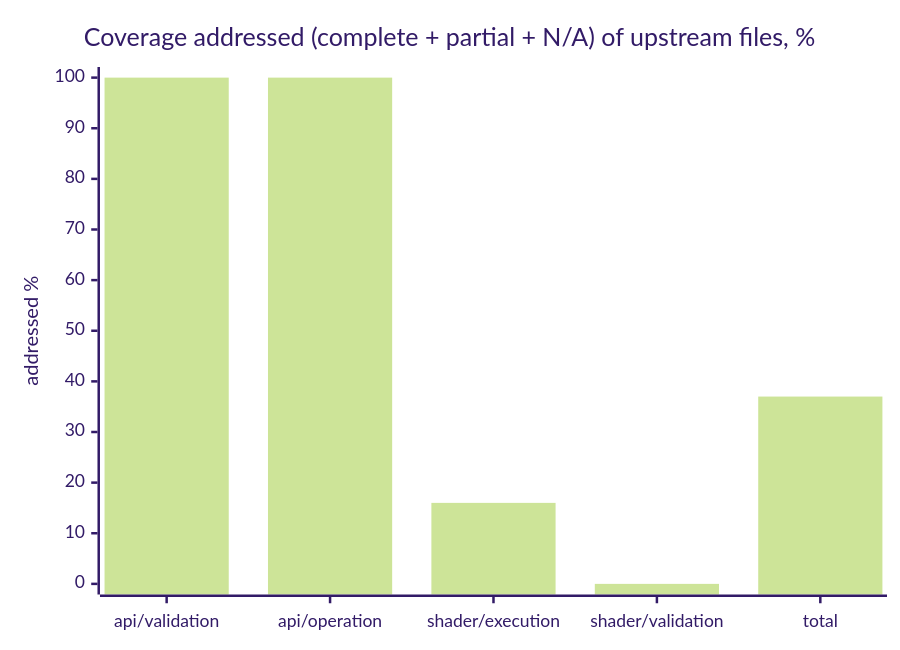
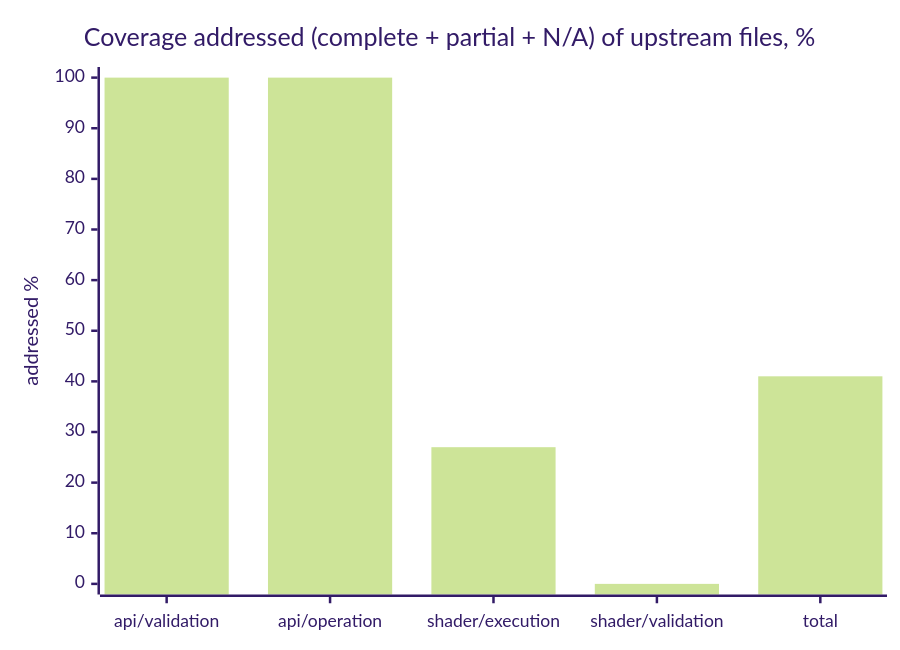
Before and after one commit to infosia/webgpu-native-cts: the second of 2 diagrams in README.md, drawn with Mermaid (forest theme). The commit also changed other lines of this file and 1 other file, not shown here.

````diff
--- a/README.md
+++ b/README.md
@@ -112,7 +118,7 @@
 ```mermaid
 xychart-beta
     title "Coverage addressed (complete + partial + N/A) of upstream files, %"
     x-axis ["api/validation", "api/operation", "shader/execution", "shader/validation", "total"]
     y-axis "addressed %" 0 --> 100
-    bar [100, 100, 16, 0, 37]
+    bar [100, 100, 27, 0, 41]
 ```
````
